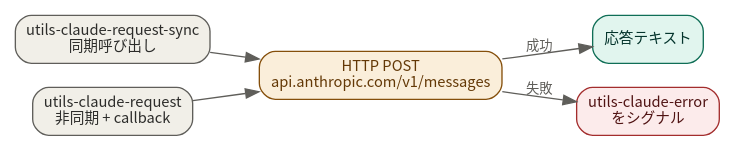
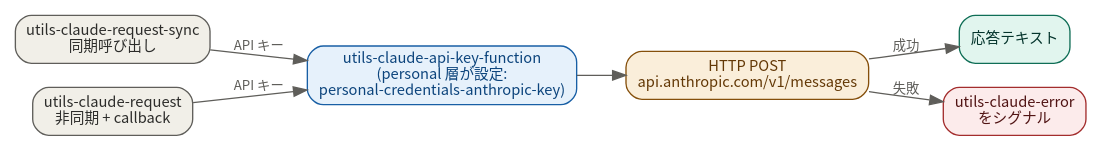
One commit to ac1965/.emacs.d changed diagram 11 of 15 in README.org. Above: the diagram before and after it, drawn with Graphviz. The commit also changed other lines of this file and 5 other files, not shown here.

First line of the commit message:
docs(README): 散文と図を実コードに合わせる

```diff
--- a/README.org
+++ b/README.org
@@ -2009,20 +2020,22 @@
 #+begin_src dot
 digraph utils_claude {
   rankdir=LR;
   bgcolor="white";
   fontname="Noto Sans CJK JP";
   node [shape=box style="rounded,filled" fontname="Noto Sans CJK JP" fontsize=11 fillcolor="#F1EFE8" color="#5F5E5A" fontcolor="#2C2C2A"];
   edge [color="#5F5E5A" fontname="Noto Sans CJK JP" fontsize=10 fontcolor="#5F5E5A"];
 
   sync [label="utils-claude-request-sync\n同期呼び出し"];
   async [label="utils-claude-request\n非同期 + callback"];
+  key [label="utils-claude-api-key-function\n(personal 層が設定:\npersonal-credentials-anthropic-key)" fillcolor="#E6F1FB" color="#185FA5" fontcolor="#0C447C"];
   http [label="HTTP POST\napi.anthropic.com/v1/messages" fillcolor="#FAEEDA" color="#854F0B" fontcolor="#633806"];
   ok [label="応答テキスト" fillcolor="#E1F5EE" color="#0F6E56" fontcolor="#04342C"];
   err [label="utils-claude-error\nをシグナル" fillcolor="#FCEBEB" color="#A32D2D" fontcolor="#501313"];
 
-  sync -> http;
-  async -> http;
+  sync -> key [label="API キー"];
+  async -> key [label="API キー"];
+  key -> http;
   http -> ok [label="成功"];
   http -> err [label="失敗"];
 }
 #+end_src
```
